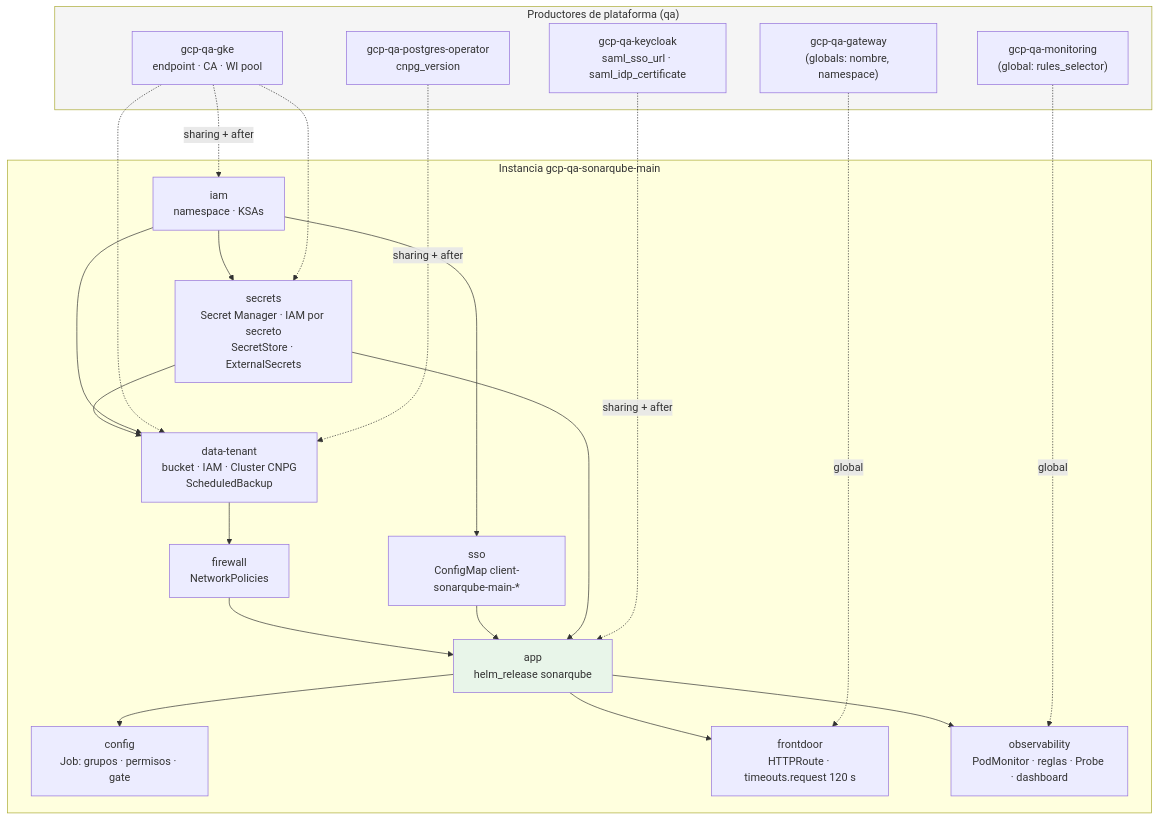
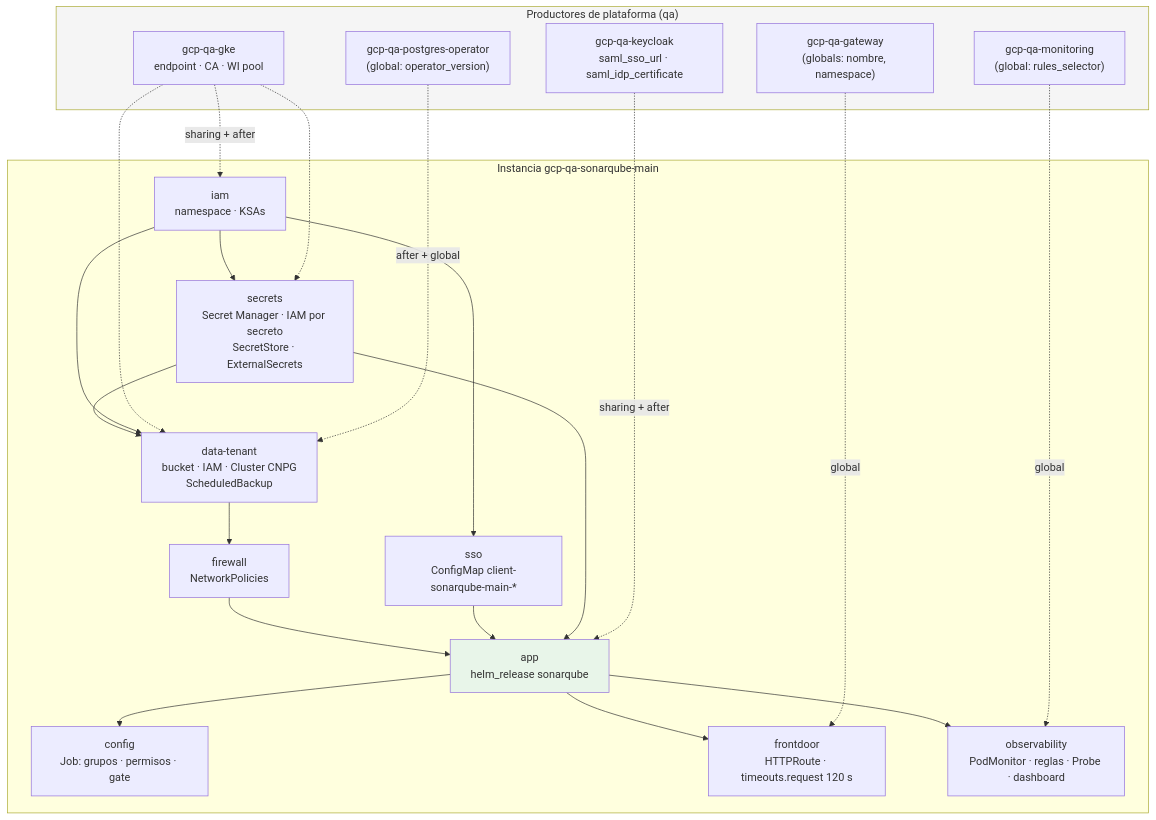
Before and after one commit to aescanero/proposal_documents: the diagram in docs/es/proposals/sonarqube-qa/diagrams/11-stacks-arquetipo.mmd, drawn with Mermaid. The commit also changed 24 other files, not shown here.

First line of the commit message:
Add postgres-operator (CloudNativePG) proposal, alternative database-platform provider

```diff
--- a/docs/es/proposals/sonarqube-qa/diagrams/11-stacks-arquetipo.mmd
+++ b/docs/es/proposals/sonarqube-qa/diagrams/11-stacks-arquetipo.mmd
@@ -1,39 +1,39 @@
 flowchart TB
     subgraph PLAT["Productores de plataforma (qa)"]
         GKE["gcp-qa-gke<br/>endpoint · CA · WI pool"]
         KC["gcp-qa-keycloak<br/>saml_sso_url · saml_idp_certificate"]
-        PGO["gcp-qa-postgres-operator<br/>cnpg_version"]
+        PGO["gcp-qa-postgres-operator<br/>(global: operator_version)"]
         GW["gcp-qa-gateway<br/>(globals: nombre, namespace)"]
         MON["gcp-qa-monitoring<br/>(global: rules_selector)"]
     end
 
     subgraph INST["Instancia gcp-qa-sonarqube-main"]
         IAM["iam<br/>namespace · KSAs"]
         SEC["secrets<br/>Secret Manager · IAM por secreto<br/>SecretStore · ExternalSecrets"]
         DATA["data-tenant<br/>bucket · IAM · Cluster CNPG<br/>ScheduledBackup"]
         FW["firewall<br/>NetworkPolicies"]
         SSO["sso<br/>ConfigMap client-sonarqube-main-*"]
         APP["app<br/>helm_release sonarqube"]
         CFG["config<br/>Job: grupos · permisos · gate"]
         FD["frontdoor<br/>HTTPRoute · timeouts.request 120 s"]
         OBS["observability<br/>PodMonitor · reglas · Probe · dashboard"]
     end
 
     IAM --> SEC --> DATA --> FW --> APP
     IAM --> DATA
     IAM --> SSO --> APP
     SEC --> APP
     APP --> CFG
     APP --> FD
     APP --> OBS
 
     GKE -. "sharing + after" .-> IAM
     GKE -.-> SEC
     GKE -.-> DATA
-    PGO -. "sharing + after" .-> DATA
+    PGO -. "after + global" .-> DATA
     KC -. "sharing + after" .-> APP
     GW -. "global" .-> FD
     MON -. "global" .-> OBS
 
     style APP fill:#e8f5e9
     style PLAT fill:#f5f5f5
```
